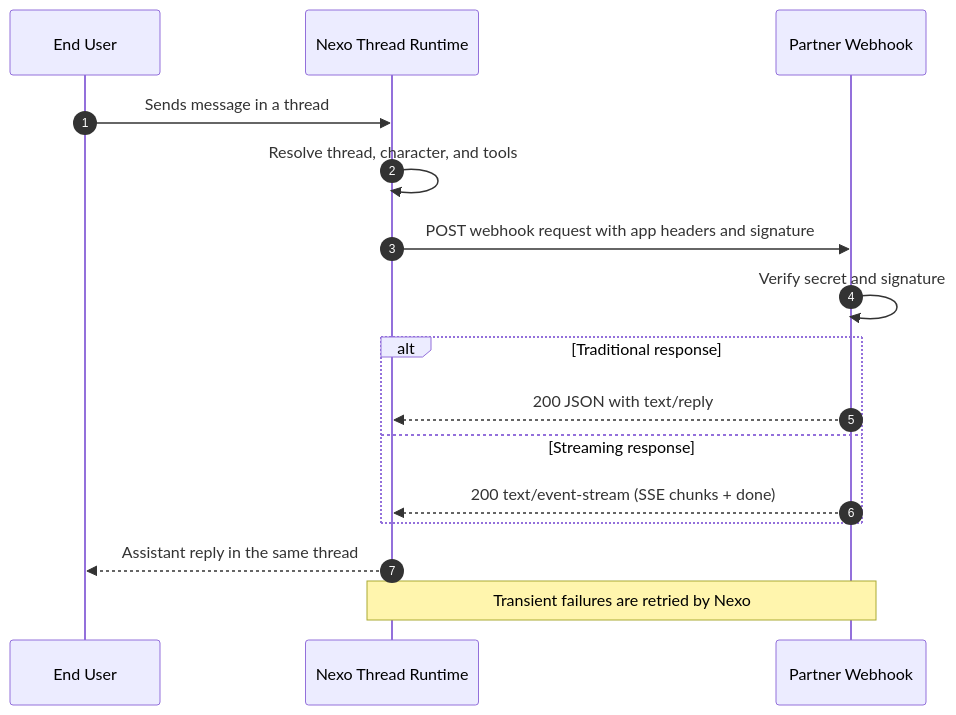
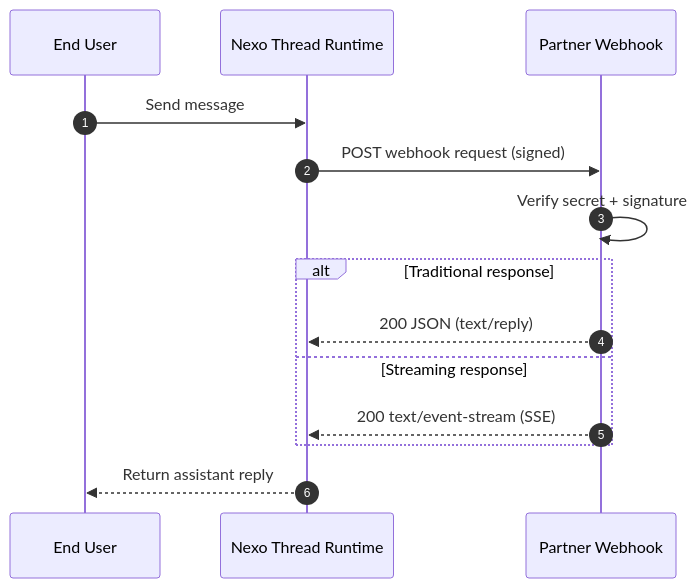
One commit to The-Wordlab/luzia-nexo-api changed the diagram in README.md. Above: the diagram before and after it, drawn with Mermaid. The commit also changed other lines of this file and 7 other files, not shown here.

````diff
--- a/README.md
+++ b/README.md
@@ -19,19 +18,17 @@
 ```mermaid
 sequenceDiagram
     autonumber
     participant User as End User
     participant Nexo as Nexo Thread Runtime
     participant Partner as Partner Webhook
 
-    User->>Nexo: Sends message in a thread
-    Nexo->>Nexo: Resolve thread, character, and tools
-    Nexo->>Partner: POST webhook request with app headers and signature
-    Partner->>Partner: Verify secret and signature
+    User->>Nexo: Send message
+    Nexo->>Partner: POST webhook request (signed)
+    Partner->>Partner: Verify secret + signature
     alt Traditional response
-        Partner-->>Nexo: 200 JSON with text/reply
+        Partner-->>Nexo: 200 JSON (text/reply)
     else Streaming response
-        Partner-->>Nexo: 200 text/event-stream (SSE chunks + done)
+        Partner-->>Nexo: 200 text/event-stream (SSE)
     end
-    Nexo-->>User: Assistant reply in the same thread
-    Note over Nexo,Partner: Transient failures are retried by Nexo
+    Nexo-->>User: Return assistant reply
 ```
````
